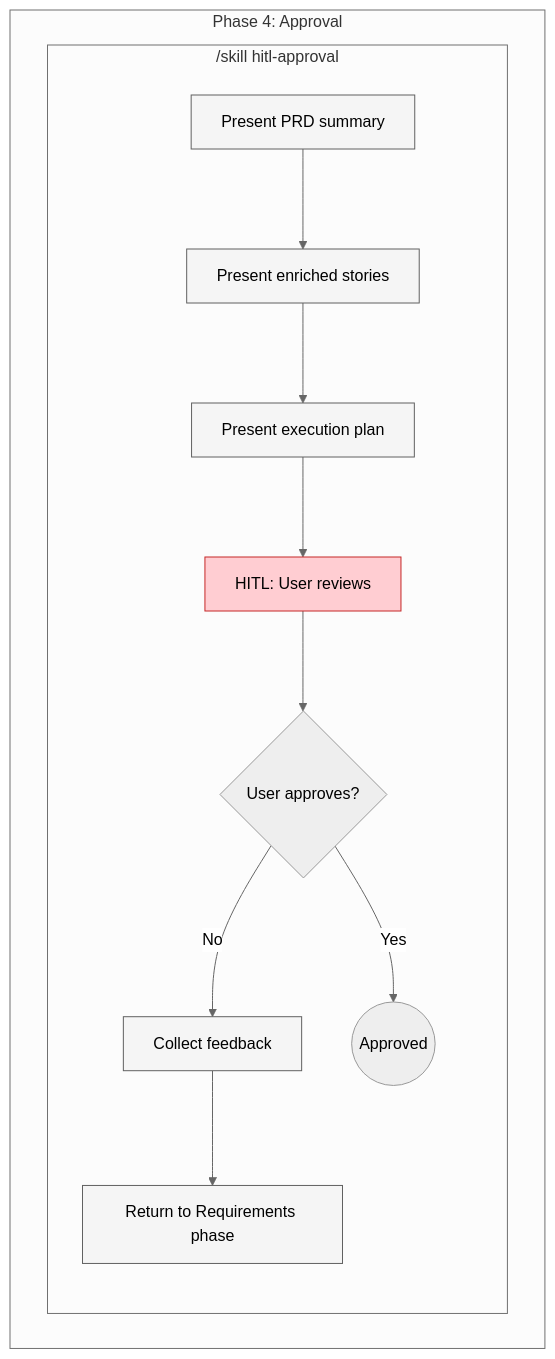
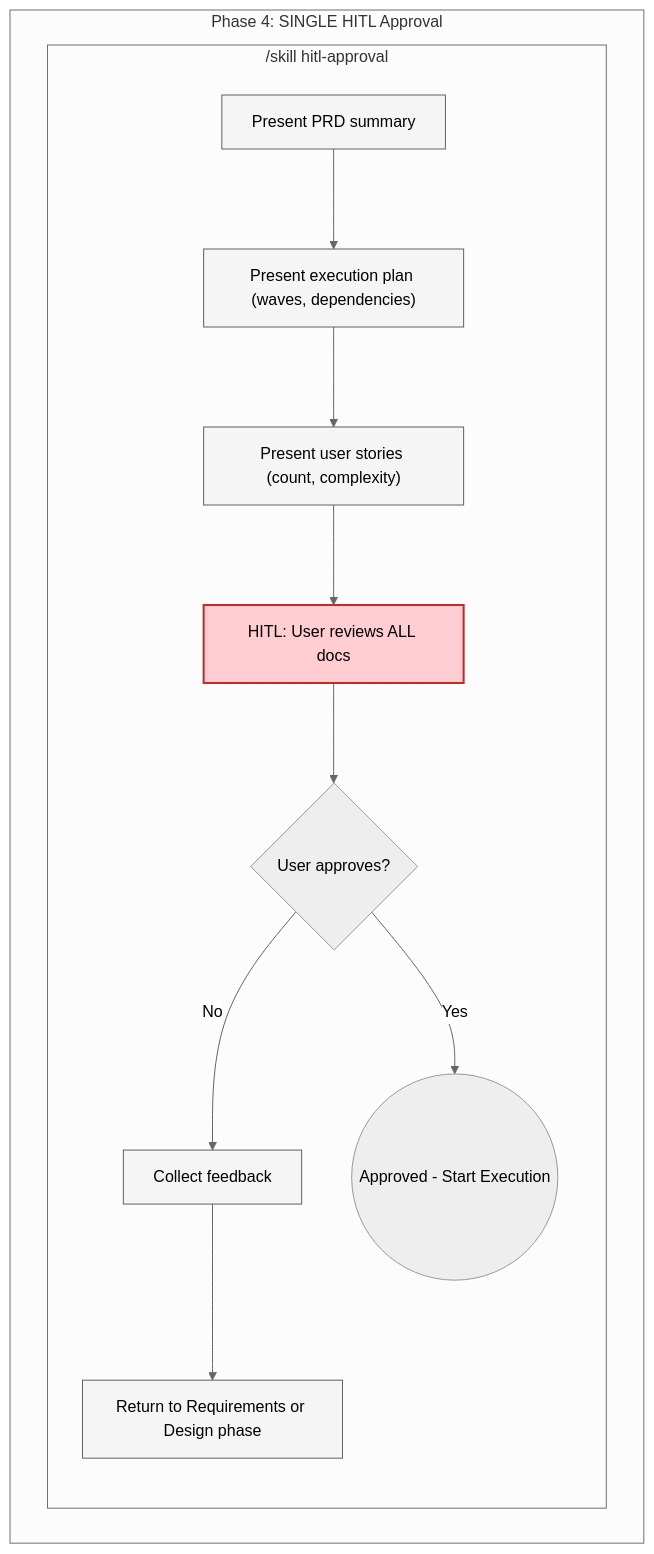
The fifth of 9 diagrams in docs/architecture/build-command-target-state.md (metasaver/metasaver-marketplace), drawn with Mermaid (neutral theme) before and after one commit. The commit also changed other lines of this file and 21 other files, not shown here.

First line of the commit message:
feat: Refactor user story and execution plan structure

````diff
--- a/docs/architecture/build-command-target-state.md
+++ b/docs/architecture/build-command-target-state.md
@@ -208,22 +226,22 @@
 ```mermaid
 flowchart TB
     classDef skill fill:#fff8e1,stroke:#f57f17,stroke-width:2px
     classDef step fill:#f5f5f5,stroke:#616161,stroke-width:1px
-    classDef hitl fill:#ffcdd2,stroke:#c62828,stroke-width:1px
+    classDef hitl fill:#ffcdd2,stroke:#c62828,stroke-width:2px
 
-    subgraph P4["Phase 4: Approval"]
+    subgraph P4["Phase 4: SINGLE HITL Approval"]
         subgraph HITL["/skill hitl-approval"]
             H1["Present PRD summary"]:::step
-            H2["Present enriched stories"]:::step
-            H3["Present execution plan"]:::step
-            H4["HITL: User reviews"]:::hitl
+            H2["Present execution plan (waves, dependencies)"]:::step
+            H3["Present user stories (count, complexity)"]:::step
+            H4["HITL: User reviews ALL docs"]:::hitl
             H5{"User approves?"}
             H6["Collect feedback"]:::step
-            H7["Return to Requirements phase"]:::step
+            H7["Return to Requirements or Design phase"]:::step
 
             H1 --> H2 --> H3 --> H4 --> H5
             H5 -->|No| H6 --> H7
-            H5 -->|Yes| OUT((Approved))
+            H5 -->|Yes| OUT((Approved - Start Execution))
         end
     end
 ```
````
